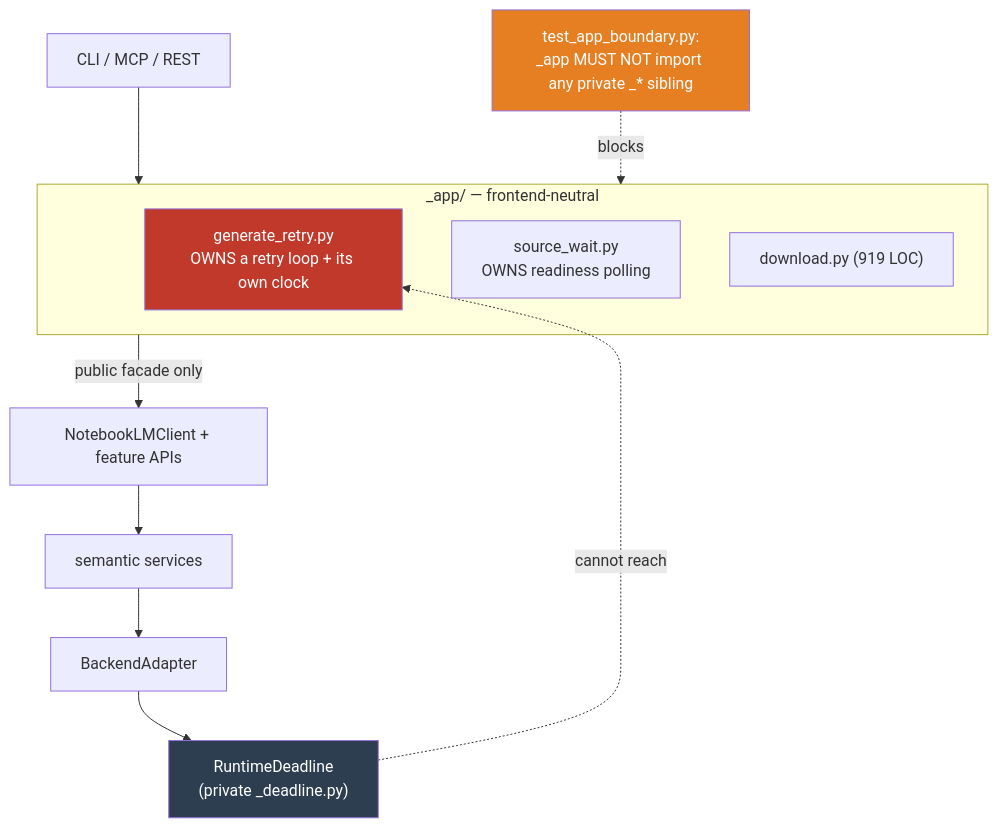
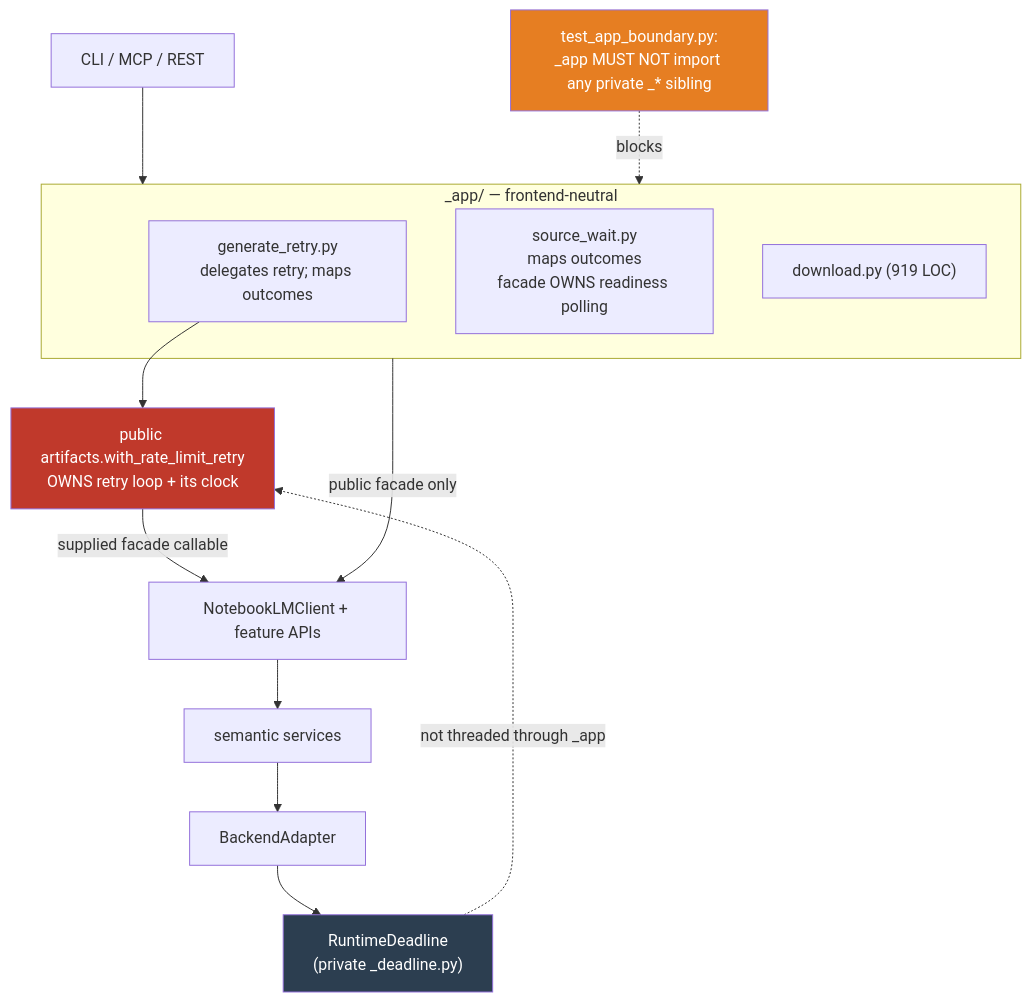
Before and after one commit to AnnasMazhar/notebooklm-py: the fifth of 6 diagrams in docs/plan/2026-08-13-semantic-backend-refactor.md, drawn with Mermaid. The commit also changed other lines of this file and 13 other files, not shown here.

````diff
--- a/docs/plan/2026-08-13-semantic-backend-refactor.md
+++ b/docs/plan/2026-08-13-semantic-backend-refactor.md
@@ -368,24 +369,26 @@
 ```mermaid
 flowchart TB
     CLI2["CLI / MCP / REST"] --> APP
 
     subgraph APP["_app/ — frontend-neutral"]
-        GR["generate_retry.py<br/>OWNS a retry loop + its own clock"]
-        SW["source_wait.py<br/>OWNS readiness polling"]
+        GR["generate_retry.py<br/>delegates retry; maps outcomes"]
+        SW["source_wait.py<br/>maps outcomes<br/>facade OWNS readiness polling"]
         DL["download.py (919 LOC)"]
     end
 
+    GR --> RETRY["public artifacts.with_rate_limit_retry<br/>OWNS retry loop + its clock"]
+    RETRY -->|"supplied facade callable"| FACADE
     APP -->|"public facade only"| FACADE["NotebookLMClient + feature APIs"]
     FACADE --> SVC["semantic services"]
     SVC --> BE["BackendAdapter"]
     BE --> DEADLINE["RuntimeDeadline<br/>(private _deadline.py)"]
 
     GUARD["test_app_boundary.py:<br/>_app MUST NOT import any private _* sibling"]
     GUARD -.->|"blocks"| APP
 
-    DEADLINE -.->|"cannot reach"| GR
+    DEADLINE -.->|"not threaded through _app"| RETRY
 
-    style GR fill:#c0392b,color:#fff
+    style RETRY fill:#c0392b,color:#fff
     style GUARD fill:#e67e22,color:#fff
     style DEADLINE fill:#2c3e50,color:#fff
 ```
````
